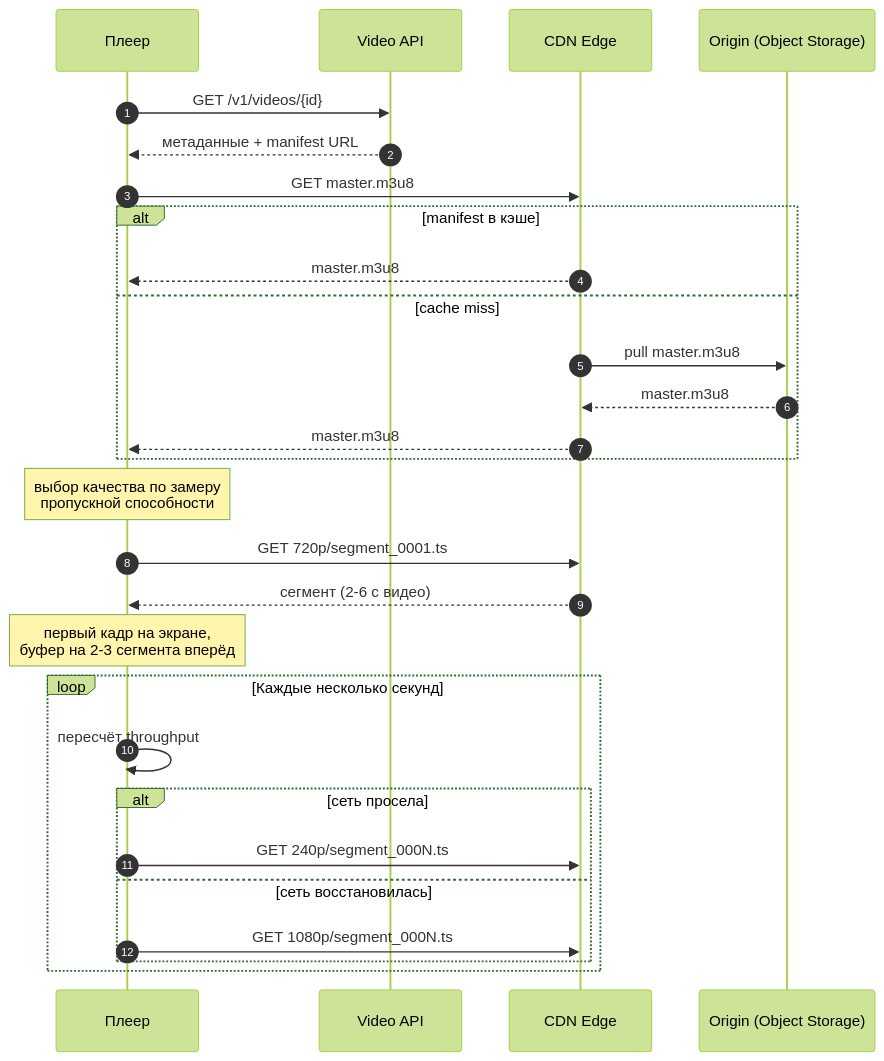
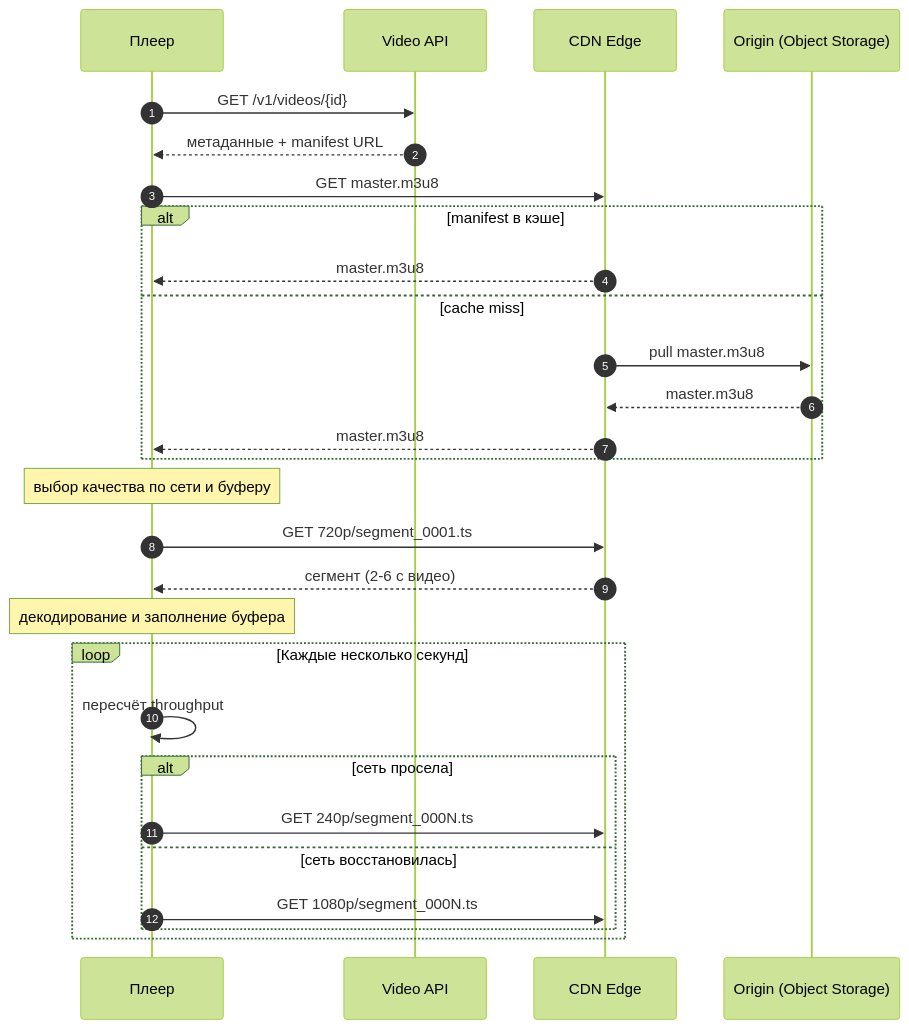
One commit to AlohaJava/system-design-interview-chamkin changed the fourth of 7 diagrams in 02-case-studies/video-streaming.md. Above: the diagram before and after it, drawn with Mermaid (forest theme). The commit also changed other lines of this file and 49 other files, not shown here.

````diff
--- a/02-case-studies/video-streaming.md
+++ b/02-case-studies/video-streaming.md
@@ -332,31 +305,31 @@
 ```mermaid
 sequenceDiagram
     autonumber
     participant P as Плеер
     participant A as Video API
     participant C as CDN Edge
     participant O as Origin (Object Storage)
 
     P->>A: GET /v1/videos/{id}
     A-->>P: метаданные + manifest URL
     P->>C: GET master.m3u8
     alt manifest в кэше
         C-->>P: master.m3u8
     else cache miss
         C->>O: pull master.m3u8
         O-->>C: master.m3u8
         C-->>P: master.m3u8
     end
-    Note over P: выбор качества по замеру<br/>пропускной способности
+    Note over P: выбор качества по сети и буферу
     P->>C: GET 720p/segment_0001.ts
     C-->>P: сегмент (2-6 с видео)
-    Note over P: первый кадр на экране,<br/>буфер на 2-3 сегмента вперёд
+    Note over P: декодирование и заполнение буфера
     loop Каждые несколько секунд
         P->>P: пересчёт throughput
         alt сеть просела
             P->>C: GET 240p/segment_000N.ts
         else сеть восстановилась
             P->>C: GET 1080p/segment_000N.ts
         end
     end
 ```
````
